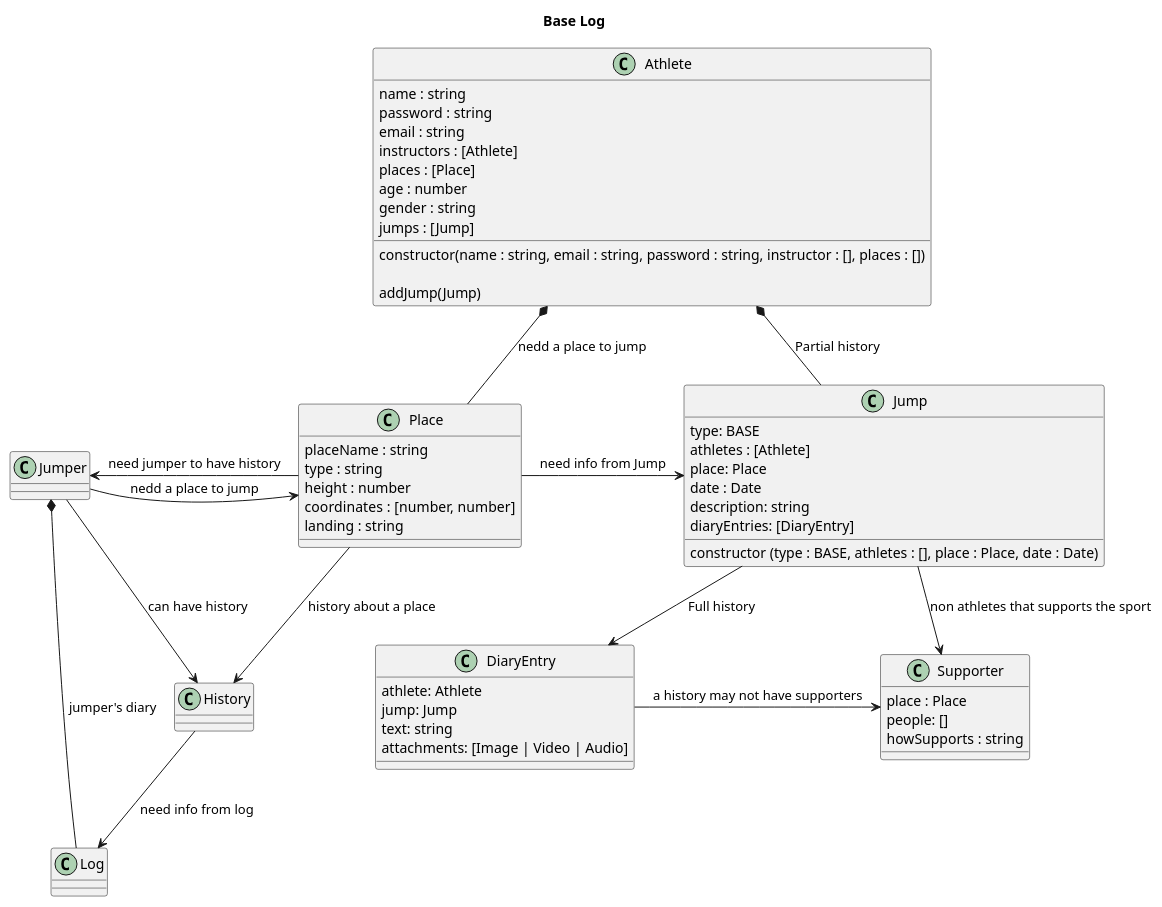
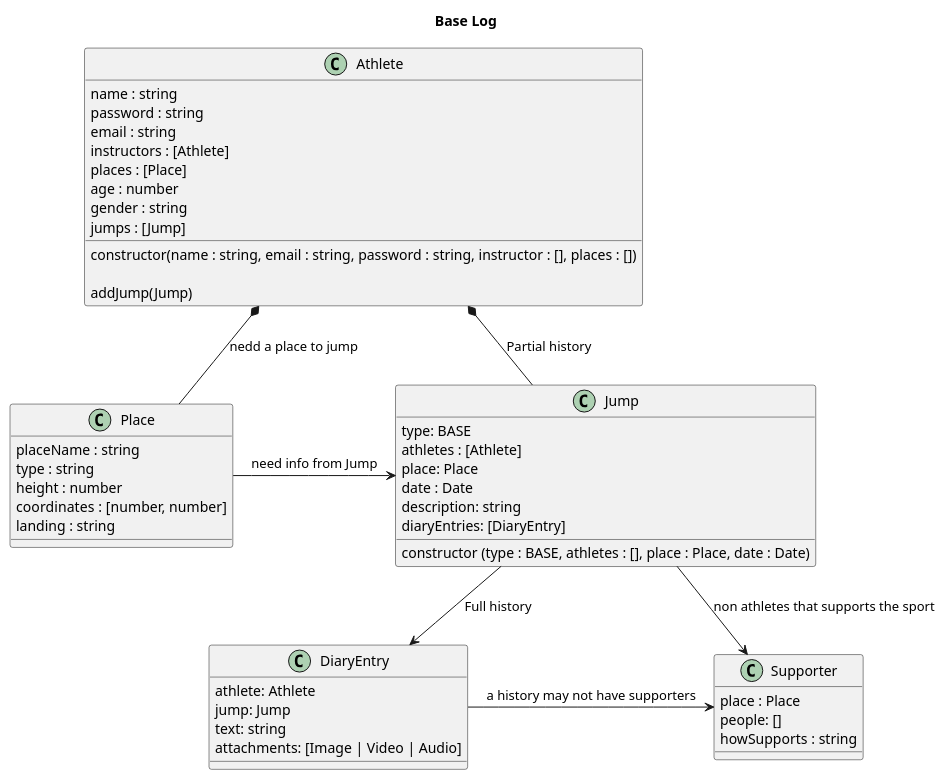
Before and after one commit to discombobulateme/webdoc: the diagram in architecture/class.puml, drawn with PlantUML.

Commit message:
Delete unused relations

```diff
--- a/architecture/class.puml
+++ b/architecture/class.puml
@@ -1,74 +1,66 @@
 @startuml Base Log
 Title Base Log
 
 class Athlete {
 name : string
 password : string
 email : string
 instructors : [Athlete]
 places : [Place]
 age : number
 gender : string
 jumps : [Jump]
 
 constructor(name : string, email : string, password : string, instructor : [], places : [])
 
 addJump(Jump)
 ' Verify: if that place exists
 ' Verify: if you are linked in date and place with a Jump
 }
 class Jump {
 type: BASE
 athletes : [Athlete]
 place: Place
 date : Date
 ' this is a sinopse
 description: string
 diaryEntries: [DiaryEntry]
 
 constructor (type : BASE, athletes : [], place : Place, date : Date)
 }
 class DiaryEntry {
   athlete: Athlete
   jump: Jump
   ' this is the full history text
   text: string
   attachments: [Image | Video | Audio]
 }
 
 class Place {
 placeName : string
 type : string
 height : number
 coordinates : [number, number]
 landing : string
 }
 
 'non Athletes that supports the sport
 class Supporter {
 place : Place
 people: []
 howSupports : string
 }
 
 ' Head *- Hand : composition
 ' Parent o-- IndependentChild : agregation
 ' Need --> Use : association
 
 Athlete *-- Place : nedd a place to jump
 Athlete *-- Jump : Partial history
-Jumper -> Place : nedd a place to jump
-Jumper *- Log : jumper's diary
-Jumper -> History : can have history
-
-History --> Log : need info from log
-
-Place -> Jumper : need jumper to have history
-Place --> History : history about a place
 
 Place -> Jump : need info from Jump
 Jump --> DiaryEntry : Full history
 Jump -> Supporter : non athletes that supports the sport
 DiaryEntry -> Supporter : a history may not have supporters
 
 @enduml
```
